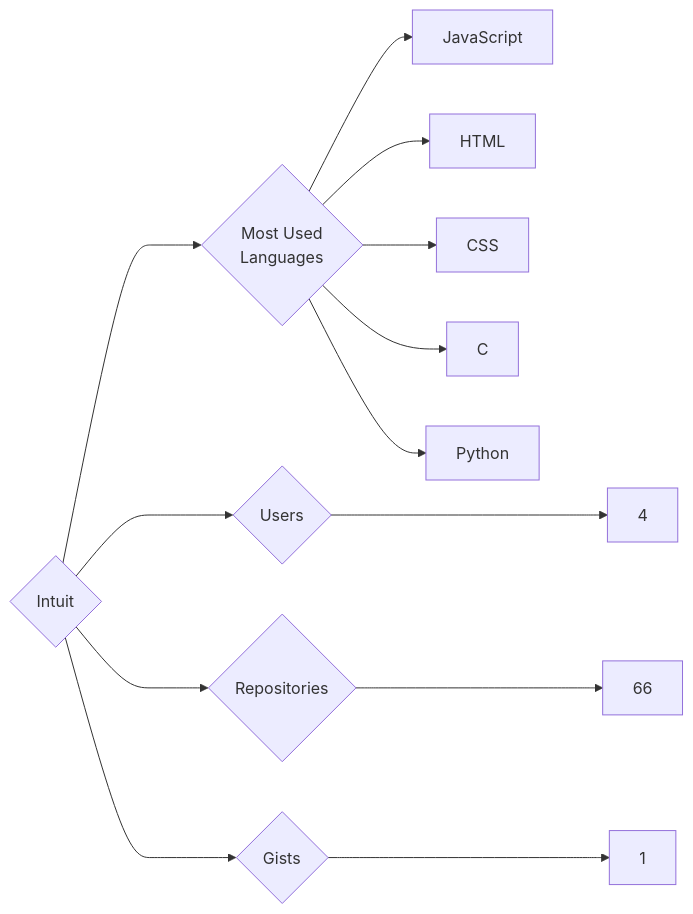
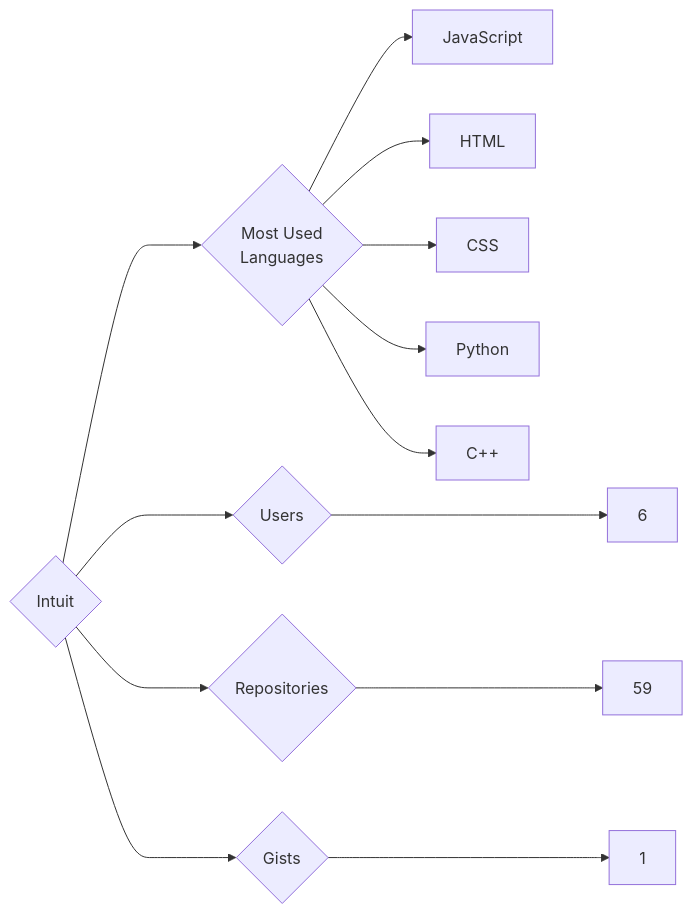
The diagram in targets/Intuit/README.md (trickest/insiders), drawn with Mermaid before and after one commit. The commit also changed 1167 other files, not shown here.

````diff
--- a/targets/Intuit/README.md
+++ b/targets/Intuit/README.md
@@ -3,13 +3,13 @@
 ```mermaid
 graph LR
 COMPANY_NAME{Intuit}
-COMPANY_NAME ---> U{Users} ---> UN[4]
-COMPANY_NAME ---> R{Repositories} ---> RN[66]
+COMPANY_NAME ---> U{Users} ---> UN[6]
+COMPANY_NAME ---> R{Repositories} ---> RN[59]
 COMPANY_NAME ---> G{Gists} ---> GN[1]
 COMPANY_NAME ---> ML{Most Used<br>Languages}
 ML --> JavaScript[JavaScript]
 ML --> HTML[HTML]
 ML --> CSS[CSS]
-ML --> C[C]
 ML --> Python[Python]
+ML --> C++[C++]
 ```
````
